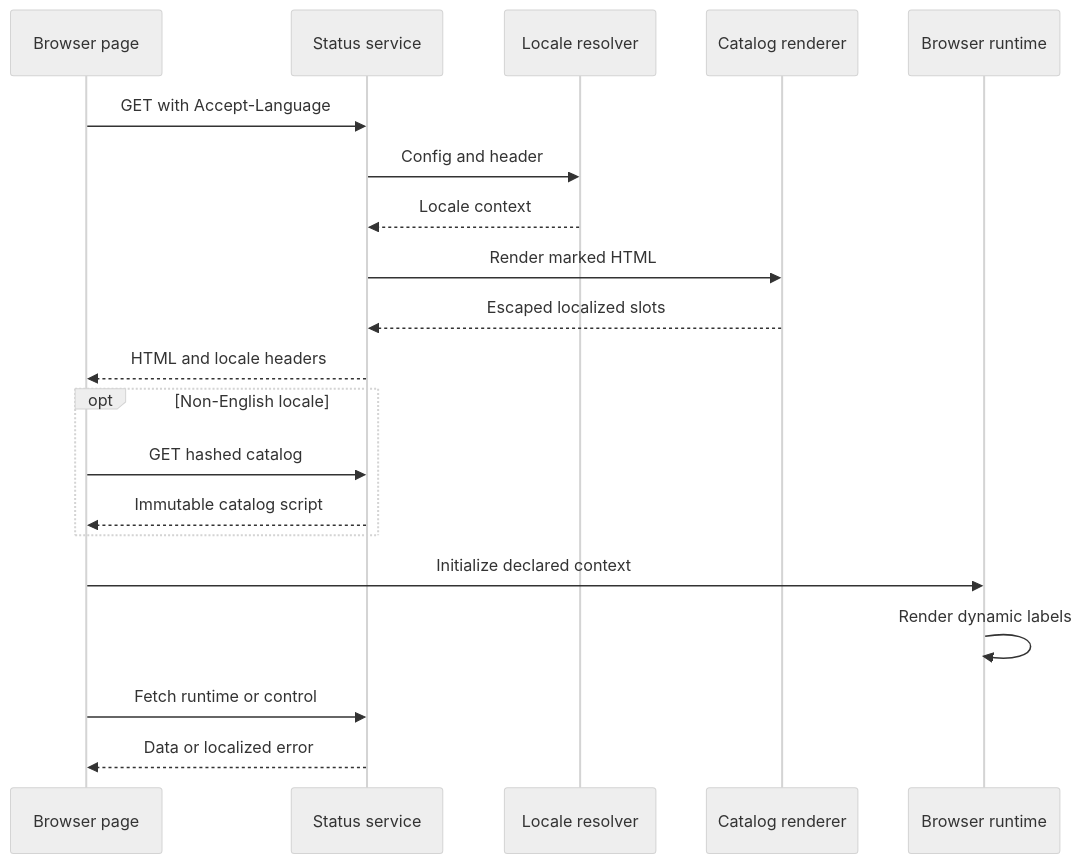
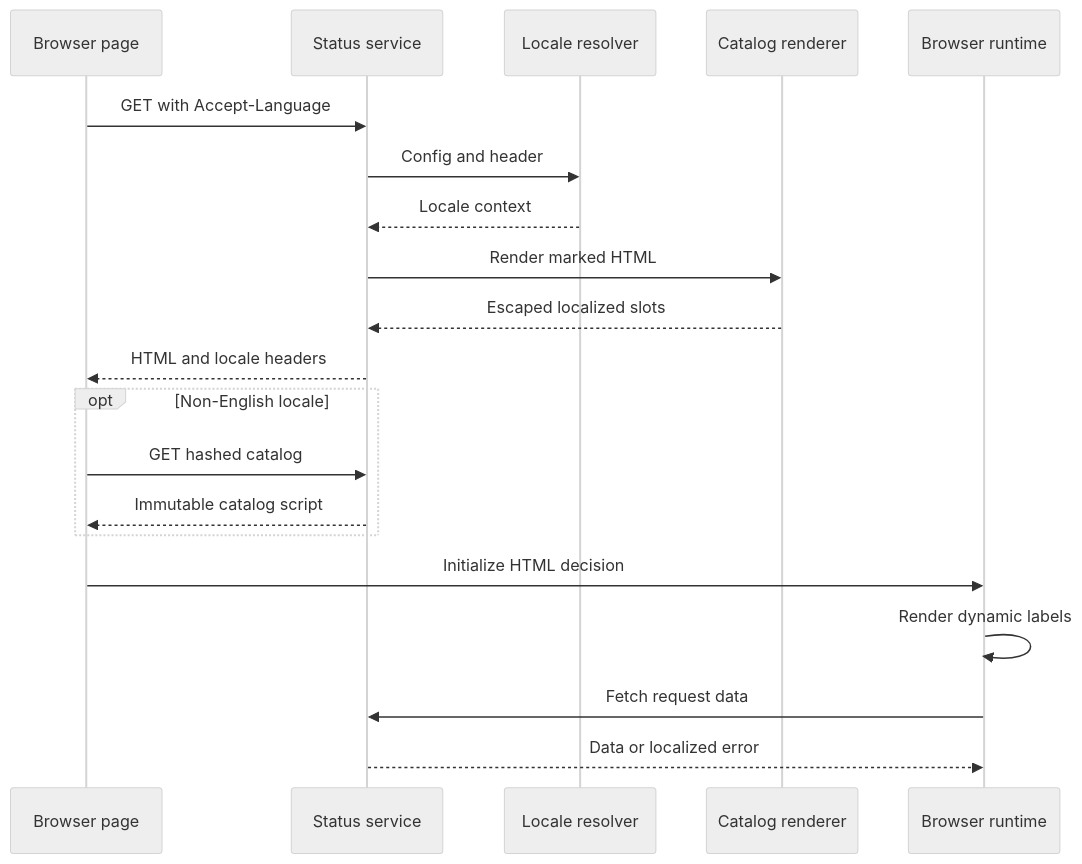
The third of 4 diagrams in docs/design/07-globalization.md (alissonsol/yuruna), drawn with Mermaid (neutral theme) before and after one commit. The commit also changed other lines of this file and 1371 other files, not shown here.

````diff
--- a/docs/design/07-globalization.md
+++ b/docs/design/07-globalization.md
@@ -114,22 +122,22 @@
 ```mermaid
 sequenceDiagram
     participant index-html as Browser page
     participant start-status-service-ps1 as Status service
     participant test-locale-psm1 as Locale resolver
     participant test-catalog-psm1 as Catalog renderer
     participant yuruna-common-js as Browser runtime
     index-html->>start-status-service-ps1: GET with Accept-Language
     start-status-service-ps1->>test-locale-psm1: Config and header
     test-locale-psm1-->>start-status-service-ps1: Locale context
     start-status-service-ps1->>test-catalog-psm1: Render marked HTML
     test-catalog-psm1-->>start-status-service-ps1: Escaped localized slots
     start-status-service-ps1-->>index-html: HTML and locale headers
     opt Non-English locale
         index-html->>start-status-service-ps1: GET hashed catalog
         start-status-service-ps1-->>index-html: Immutable catalog script
     end
-    index-html->>yuruna-common-js: Initialize declared context
+    index-html->>yuruna-common-js: Initialize HTML decision
     yuruna-common-js->>yuruna-common-js: Render dynamic labels
-    index-html->>start-status-service-ps1: Fetch runtime or control
-    start-status-service-ps1-->>index-html: Data or localized error
+    yuruna-common-js->>start-status-service-ps1: Fetch request data
+    start-status-service-ps1-->>yuruna-common-js: Data or localized error
 ```
````
